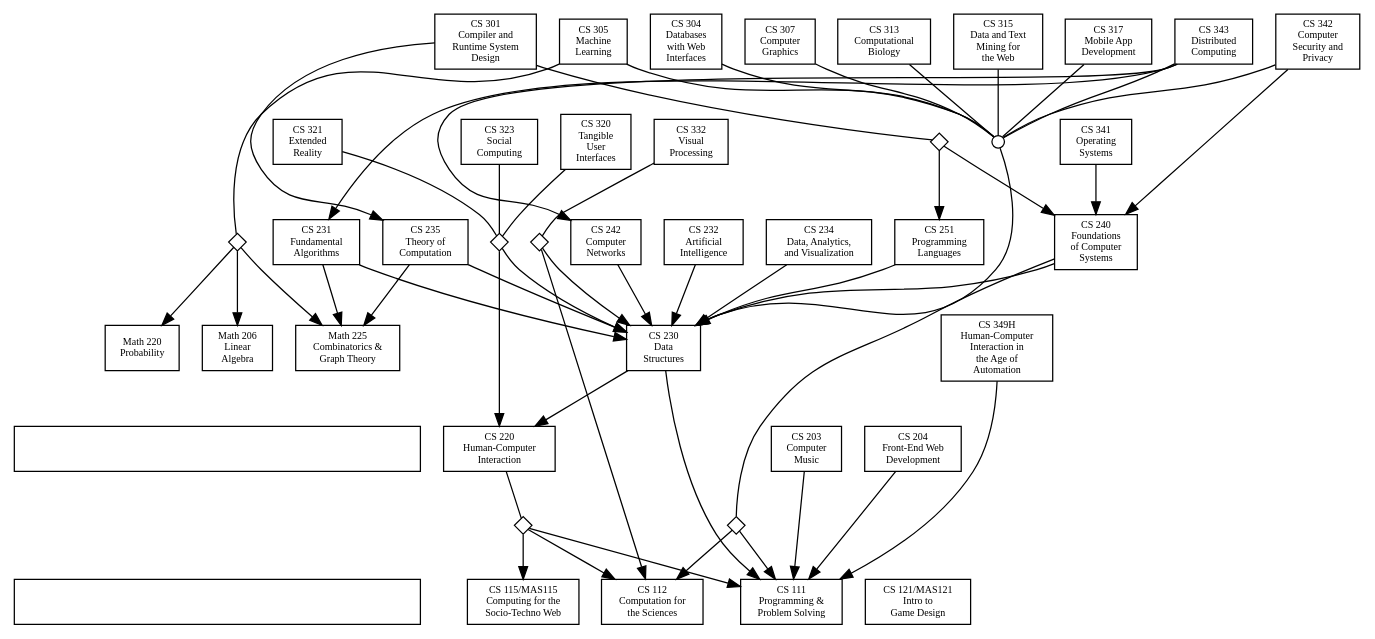
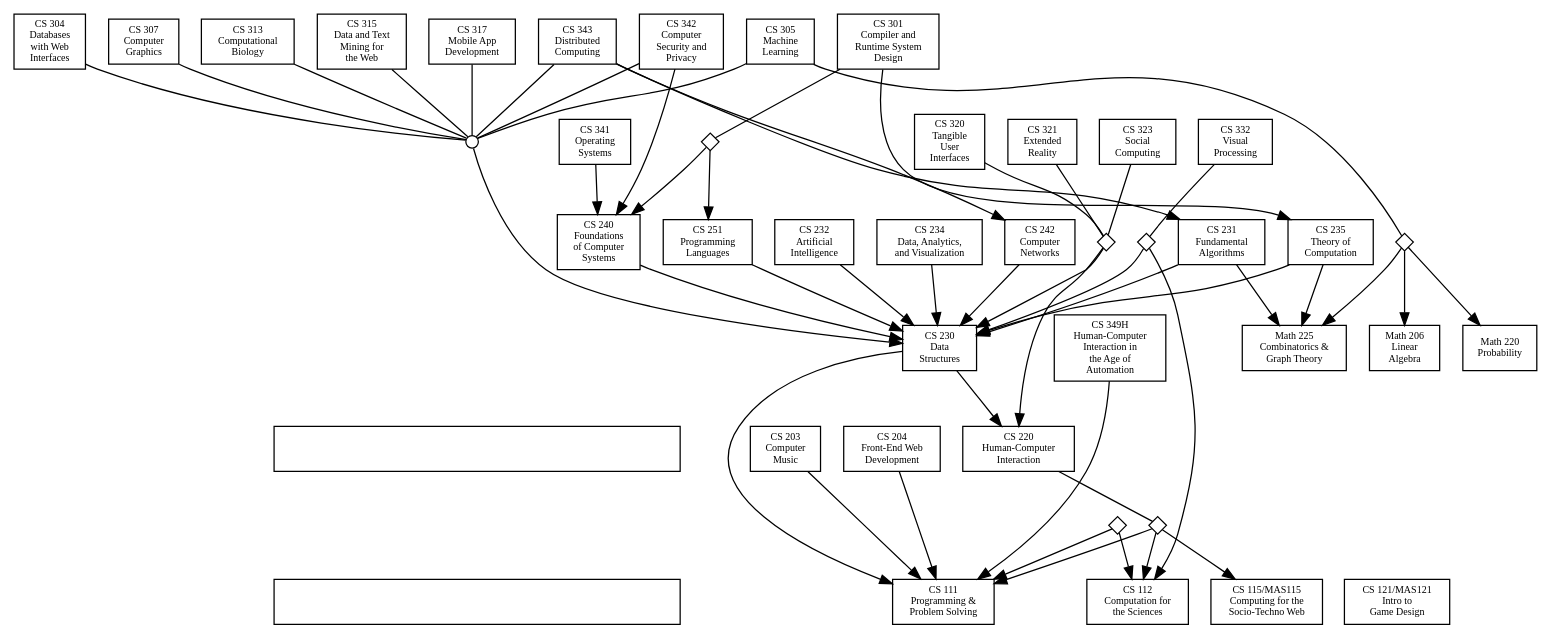
Before and after one commit to solsword/prereqs: the diagram in prereqs.dot, drawn with Graphviz. The commit also changed 8 other files, not shown here.

```diff
--- a/prereqs.dot
+++ b/prereqs.dot
@@ -1,134 +1,133 @@
 digraph Course_Prerequisites {
   // Default properties for every node
   node [shape="rectangle", fontsize="8", style="filled", fillcolor="white"];
 
   // Node for the descriptions to be placed into
   desctop [label="", class="desc-top", width=4.5]
   descbot [label="", class="desc-bot", width=4.5]
   desctop -> descbot [style="invis"]
 
   // Nodes (classes plus grouping nodes)
   cs111 [label="CS 111\nProgramming &\nProblem Solving", class="core intro"]
   cs112 [label="CS 112\nComputation for\nthe Sciences", class="intro"]
   cs115 [label="CS 115/MAS115\nComputing for the\nSocio-Techno Web", class="intro"]
   cs121 [label="CS 121/MAS121\nIntro to\nGame Design", class="intro"]
 
   cs230 [label="CS 230\nData\nStructures", class="core"]
   cs230up [label="", shape="circle", width="0.14", height="0.14", class="group"]
   cs240 [label="CS 240\nFoundations\nof Computer\nSystems", class="core"]
   cs111or112 [label="", shape="diamond", width="0.2", height="0.2", class="opt"]
   cs231 [label="CS 231\nFundamental\nAlgorithms", class="core"]
   cs235 [label="CS 235\nTheory of\nComputation", class="core"]
   cs251 [label="CS 251\nProgramming\nLanguages", class="core"] 
   cs230 -> cs220 [class="invisible"]
 
   math225 [label="Math 225\nCombinatorics &\nGraph Theory", class="math required"]
   math206 [label="Math 206\nLinear\nAlgebra", class="math"]
   math220 [label="Math 220\nProbability", class="math"]
 
   cs203 [label="CS 203\nComputer\nMusic", class="elective spring"]
   cs204 [label="CS 204\nFront-End Web\nDevelopment", class="elective fall"]
   cs220 [label="CS 220\nHuman-Computer\nInteraction", class="elective"]
   cs111or112or115 [label="", shape="diamond", width="0.2", height="0.2", class="opt"]
   cs232 [label="CS 232\nArtificial\nIntelligence", class="elective spring"]
   cs234 [label="CS 234\nData, Analytics,\nand Visualization", class="elective fall"]
   cs242 [label="CS 242\nComputer\nNetworks", class="elective fall"]
 
   cs301 [label="CS 301\nCompiler and\nRuntime System\nDesign", class="elective spring"]
   cs240or251 [label="", shape="diamond", width="0.2", height="0.2", class="opt"]
   cs304 [label="CS 304\nDatabases\nwith Web\nInterfaces", class="elective"]
   cs305 [label="CS 305\nMachine\nLearning", class="elective notoffered"]
   math225or206or220 [label="", shape="diamond", width="0.2", height="0.2", class="opt"]
   cs307 [label="CS 307\nComputer\nGraphics", class="elective spring"]
   cs313 [label="CS 313\nComputational\nBiology", class="elective notoffered"]
   cs315 [label="CS 315\nData and Text\nMining for\nthe Web", class="elective fall"]
   cs317 [label="CS 317\nMobile App\nDevelopment", class="elective spring"]
   cs230or220 [label="", shape="diamond", width="0.2", height="0.2", class="opt"]
   cs320 [label="CS 320\nTangible\nUser\nInterfaces", class="elective fall"]
   cs321 [label="CS 321\nExtended\nReality", class="elective spring"]
   cs323 [label="CS 323\nSocial\nComputing", class="elective notoffered"]
 
   cs332 [label="CS 332\nVisual\nProcessing", class="elective fall"]
   cs112or230 [label="", shape="diamond", width="0.2", height="0.2", class="opt"]
   cs341 [label="CS 341\nOperating\nSystems", class="elective fall"]
   cs342 [label="CS 342\nComputer\nSecurity and\nPrivacy", class="elective fall"]
   cs343 [label="CS 343\nDistributed\nComputing", class="elective notoffered"]
   cs349H [label="CS 349H\nHuman-Computer\nInteraction in\nthe Age of\nAutomation", class="elective spring"]
 
   // Arrangement of the nodes into rank groups
   {rank=same cs111 cs112 cs115 cs121 descbot}
 
   {rank=same cs203 cs204 cs220 desctop}
 
   {rank=same
     cs230
     math206 math220 math225
     cs349H
   }
 
   {rank=same
     cs240
     cs231 cs235 cs251
     cs232 cs234 cs242
   }
 
   {rank=same
     cs301
     cs317
 
     cs304 cs305 cs307
     cs313 cs315
     cs342 cs343
   }
 
   {rank=same
     cs320 cs321 cs323
     cs332
     cs341
   }
 
   // Edges (course prerequisites)
   // In some ca
   cs203 -> cs111
   cs204 -> cs111
   cs220 -> cs111or112or115 [arrowhead="none", class="options"]
   cs111or112or115 -> { cs111, cs112, cs115 } [class="option"]
 
   cs230 -> cs111
   cs230up -> cs230
   cs240 -> cs230
-  cs240 -> cs111or112 [arrowhead="none", class="options"]
   cs111or112 -> { cs111, cs112 } [class="option"]
   cs231 -> { cs230, math225 }
   cs235 -> { cs230, math225 }
   cs251 -> cs230
 
   cs232 -> cs230
   cs234 -> cs230
   cs242 -> cs230
 
   cs301 -> cs240or251 [arrowhead="none", class="options"]
   cs240or251 -> { cs240, cs251 } [class="option"]
   cs301 -> cs235 [class="recommended" constraint=false]
   cs304 -> cs230up [arrowhead="none", class="grouping"]
   cs305 -> cs230up [arrowhead="none", class="grouping"]
   cs305 -> math225or206or220 [arrowhead="none", class="options"]
   math225or206or220 -> { math225, math206, math220 } [class="option"]
   cs307 -> cs230up [arrowhead="none", class="grouping"]
   cs317 -> cs230up [arrowhead="none", class="grouping"]
 
   cs313 -> cs230up [arrowhead="none", class="grouping"]
   cs315 -> cs230up [arrowhead="none", class="grouping"]
   cs320 -> cs230or220 [arrowhead="none", class="options"]
   cs230or220 -> { cs220, cs230 } [class="option"]
   cs321 -> cs230or220 [arrowhead="none", class="options"]
   cs323 -> cs230or220 [arrowhead="none", class="options"]
   cs332 -> cs112or230 [arrowhead="none", class="options"]
   cs112or230 -> { cs112, cs230 } [class="option"]
   cs341 -> cs240
   cs342 -> cs230up [arrowhead="none", class="grouping"]
   cs342 -> cs240
   cs343 -> cs230up [arrowhead="none", class="grouping"]
   cs343 -> { cs231, cs242 } [class="recommended" constraint=false]
   cs349H -> cs111 // Much more complicated than this!
 }
```
